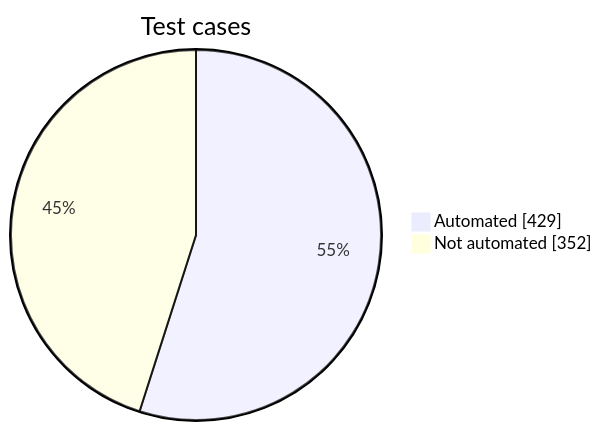
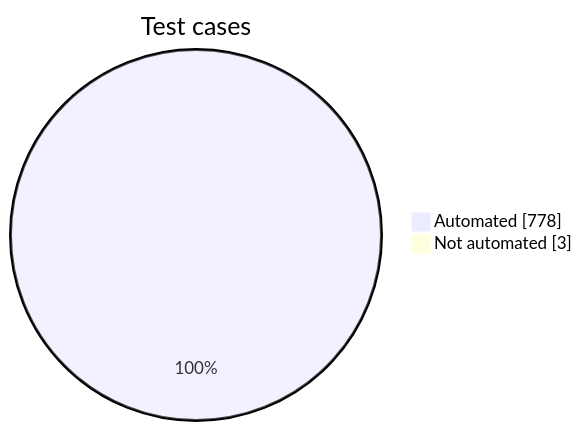
One commit to pauljor/zephyr-automation changed the first of 4 diagrams in automation_coverage_report.md. Above: the diagram before and after it, drawn with Mermaid. The commit also changed other lines of this file, not shown here.

Commit message:
docs(coverage): regenerate the report: 778 of 781 automated, 7 failing on real defects, 3 deferred, UI layer for the Positive cases

````diff
--- a/automation_coverage_report.md
+++ b/automation_coverage_report.md
@@ -15,5 +15,5 @@
 ```mermaid
 pie showData title Test cases
-    "Automated" : 429
-    "Not automated" : 352
+    "Automated" : 778
+    "Not automated" : 3
 ```
````
